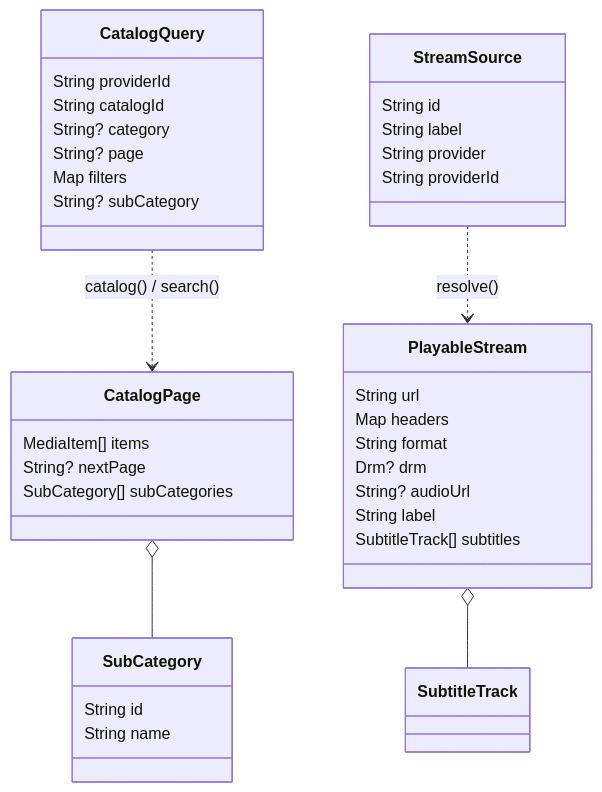
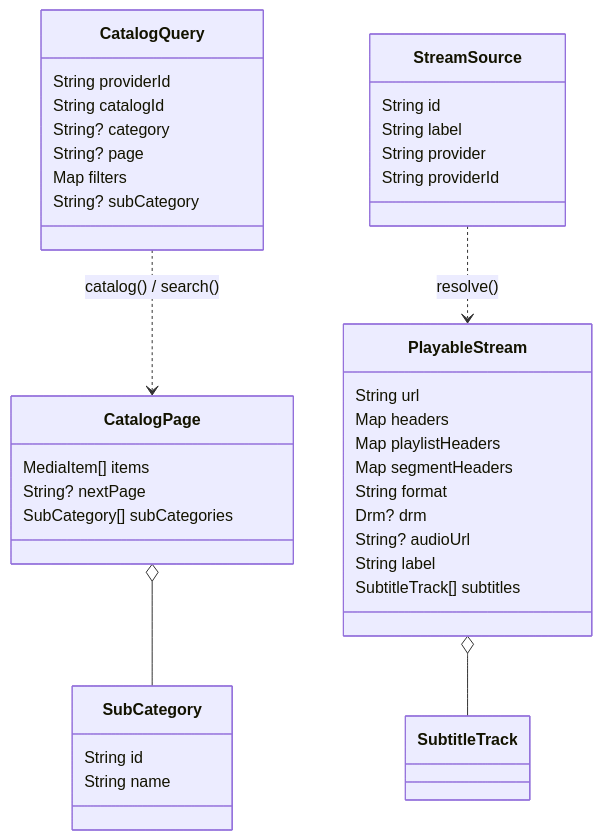
One commit to nimbusfvck/fvcksubs changed the third of 4 diagrams in docs/02-extension-protocol.md. Above: the diagram before and after it, drawn with Mermaid. The commit also changed 27 other files, not shown here.

````diff
--- a/docs/02-extension-protocol.md
+++ b/docs/02-extension-protocol.md
@@ -223,40 +223,42 @@
 ```mermaid
 classDiagram
     class CatalogQuery {
         String providerId
         String catalogId
         String? category
         String? page
         Map filters
         String? subCategory
     }
     class CatalogPage {
         MediaItem[] items
         String? nextPage
         SubCategory[] subCategories
     }
     class SubCategory {
         String id
         String name
     }
     class StreamSource {
         String id
         String label
         String provider
         String providerId
     }
     class PlayableStream {
         String url
         Map headers
+        Map playlistHeaders
+        Map segmentHeaders
         String format
         Drm? drm
         String? audioUrl
         String label
         SubtitleTrack[] subtitles
     }
 
     CatalogQuery ..> CatalogPage : catalog() / search()
     CatalogPage o-- SubCategory
     StreamSource ..> PlayableStream : resolve()
     PlayableStream o-- SubtitleTrack
 ```
````
